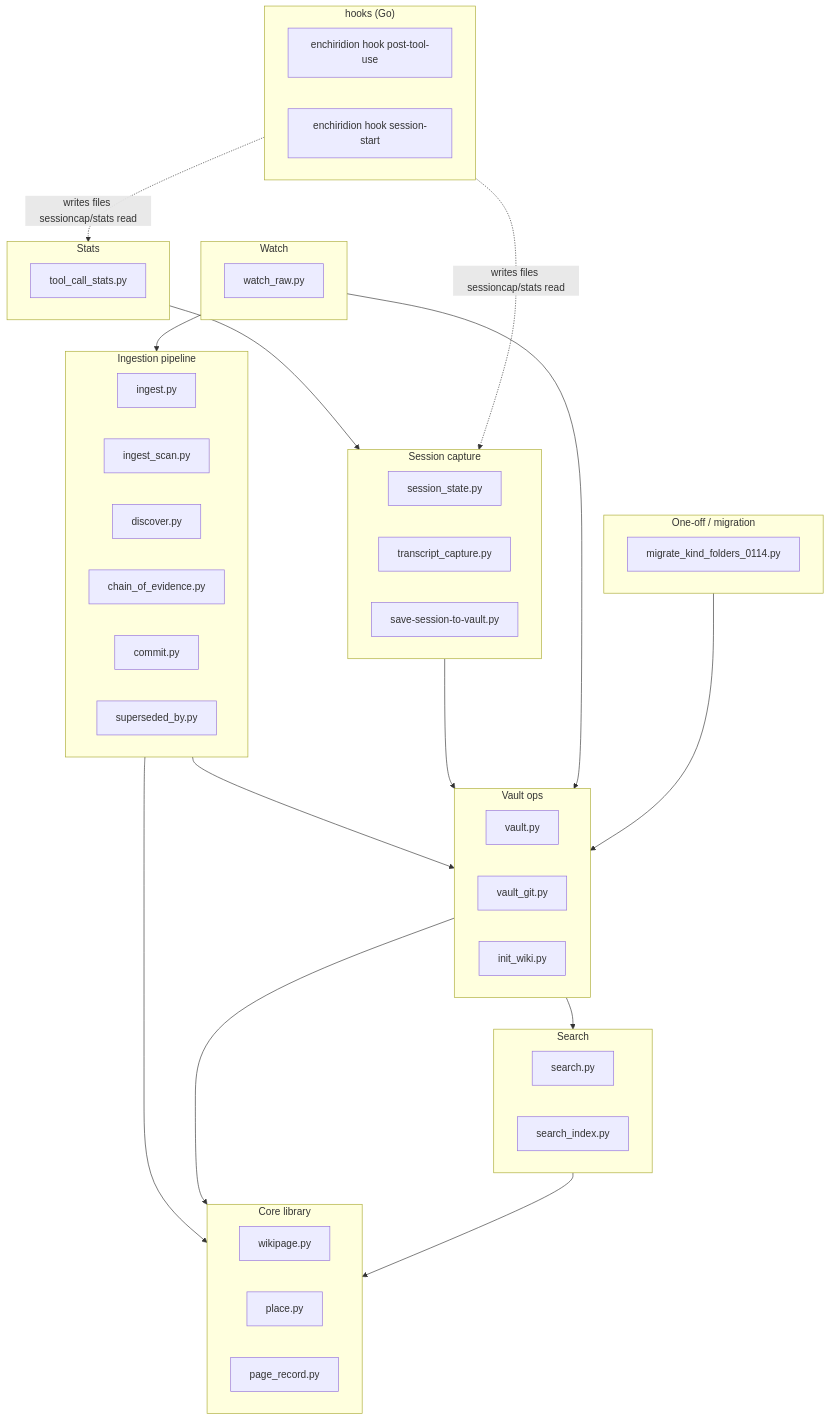
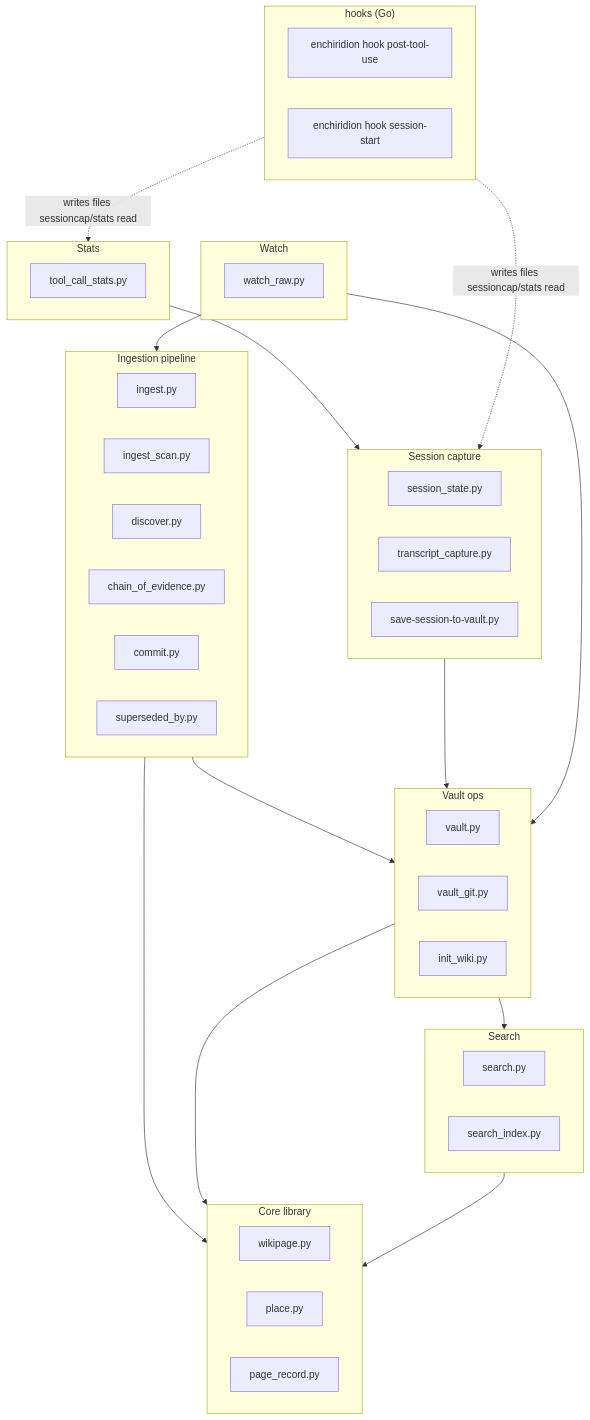
One commit to dhague/enchiridion changed the first of 9 diagrams in docs/architecture.md. Above: the diagram before and after it, drawn with Mermaid. The commit also changed other lines of this file and 8 other files, not shown here.

First line of the commit message:
Retire the #114 kind-folder migration (#186)

````diff
--- a/docs/architecture.md
+++ b/docs/architecture.md
@@ -17,65 +17,60 @@
 ```mermaid
 flowchart TB
     subgraph core["Core library"]
         wikipage["wikipage.py"]
         place["place.py"]
         page_record["page_record.py"]
     end
 
     subgraph vaultops["Vault ops"]
         vault["vault.py"]
         vault_git["vault_git.py"]
         init_wiki["init_wiki.py"]
     end
 
     subgraph search["Search"]
         search_py["search.py"]
         search_index["search_index.py"]
     end
 
     subgraph ingestion["Ingestion pipeline"]
         ingest["ingest.py"]
         ingest_scan["ingest_scan.py"]
         discover["discover.py"]
         chain_of_evidence["chain_of_evidence.py"]
         commit["commit.py"]
         superseded_by["superseded_by.py"]
     end
 
     subgraph sessioncap["Session capture"]
         session_state["session_state.py"]
         transcript_capture["transcript_capture.py"]
         save_session["save-session-to-vault.py"]
     end
 
     subgraph watch["Watch"]
         watch_raw["watch_raw.py"]
     end
 
-    subgraph migration["One-off / migration"]
-        migrate["migrate_kind_folders_0114.py"]
-    end
-
     subgraph stats["Stats"]
         tool_call_stats["tool_call_stats.py"]
     end
 
     subgraph hooks["hooks (Go)"]
         log_tool_calls["enchiridion hook post-tool-use"]
         store_transcript_path["enchiridion hook session-start"]
     end
 
     ingestion --> core
     ingestion --> vaultops
     vaultops --> core
     vaultops --> search
     search --> core
     sessioncap --> vaultops
     watch --> ingestion
     watch --> vaultops
-    migration --> vaultops
     stats --> sessioncap
 
     hooks -.->|writes files sessioncap/stats read| sessioncap
     hooks -.->|writes files sessioncap/stats read| stats
 ```
````
